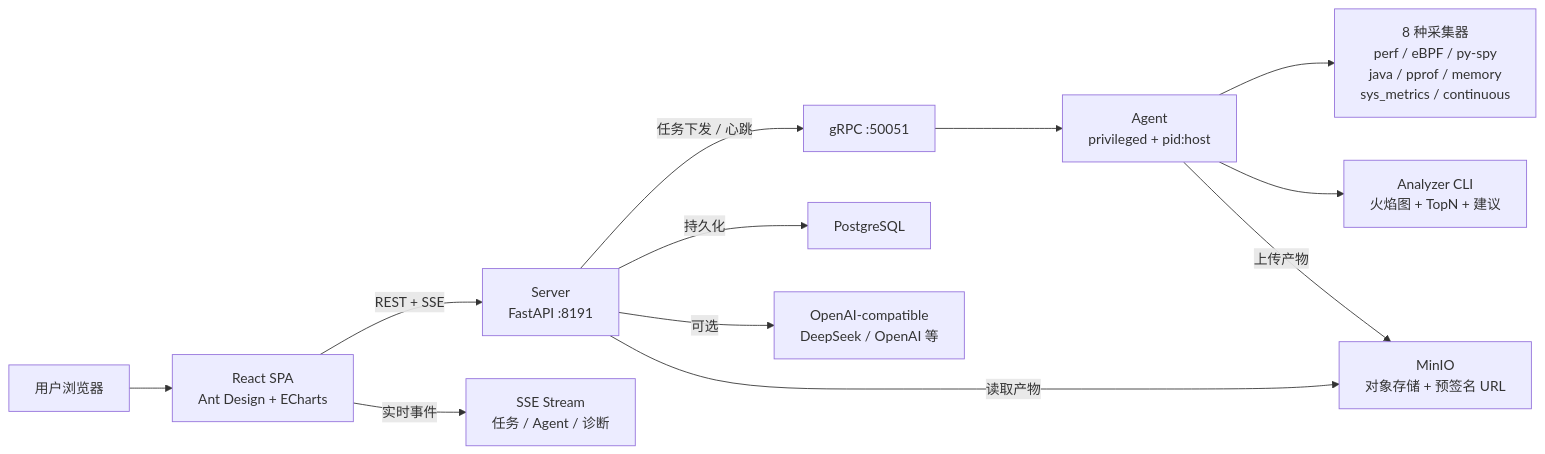
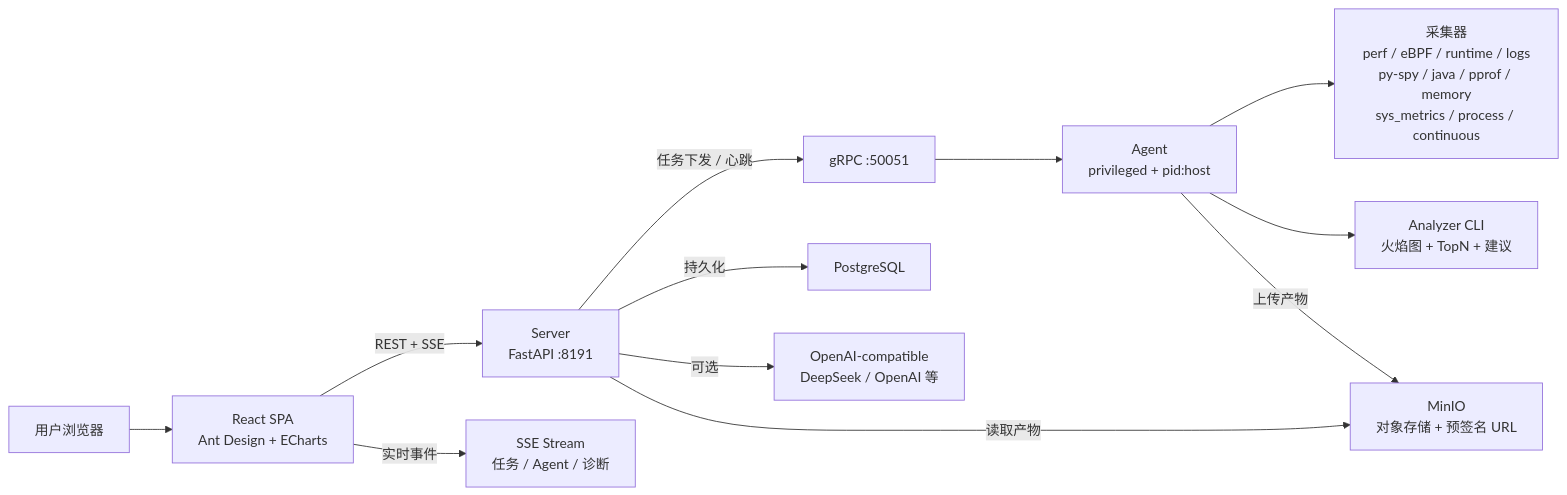
Before and after one commit to jiangyulin1/mini-drop: the diagram in README.md, drawn with Mermaid. The commit also changed other lines of this file and 315 other files, not shown here.

````diff
--- a/README.md
+++ b/README.md
@@ -153,14 +153,14 @@
 ```mermaid
 flowchart LR
     User["用户浏览器"] --> Web["React SPA\nAnt Design + ECharts"]
     Web -->|REST + SSE| Server["Server\nFastAPI :8191"]
     Server -->|任务下发 / 心跳| GRPC["gRPC :50051"]
     GRPC --> Agent["Agent\nprivileged + pid:host"]
-    Agent --> Collectors["8 种采集器\nperf / eBPF / py-spy\njava / pprof / memory\nsys_metrics / continuous"]
+    Agent --> Collectors["采集器\nperf / eBPF / runtime / logs\npy-spy / java / pprof / memory\nsys_metrics / process / continuous"]
     Agent --> Analyzer["Analyzer CLI\n火焰图 + TopN + 建议"]
     Agent -->|上传产物| MinIO["MinIO\n对象存储 + 预签名 URL"]
     Server -->|持久化| Postgres["PostgreSQL"]
     Server -->|读取产物| MinIO
     Server -->|可选| AI["OpenAI-compatible\nDeepSeek / OpenAI 等"]
     Web -->|实时事件| SSE["SSE Stream\n任务 / Agent / 诊断"]
 ```
````
